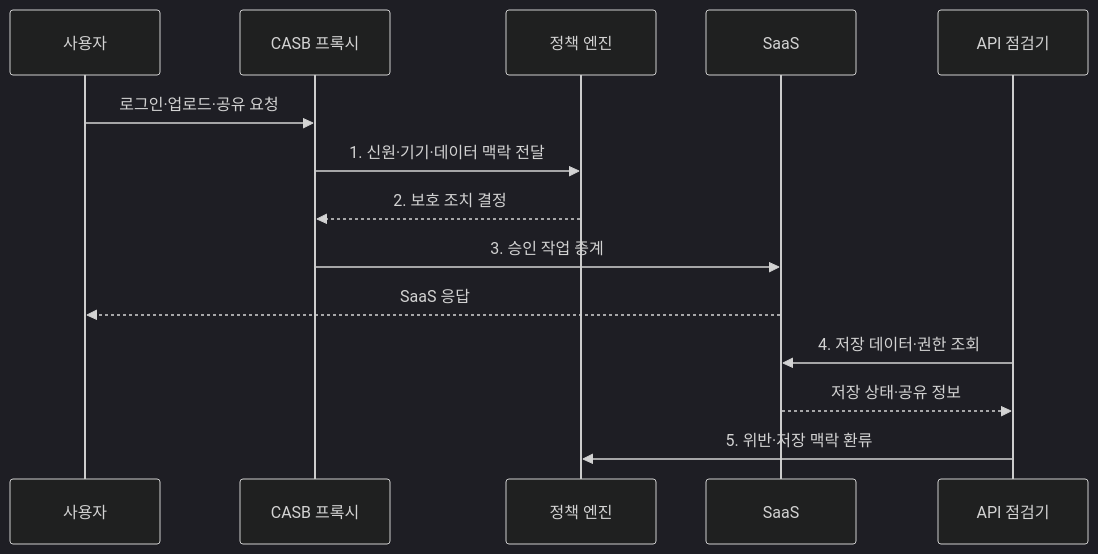
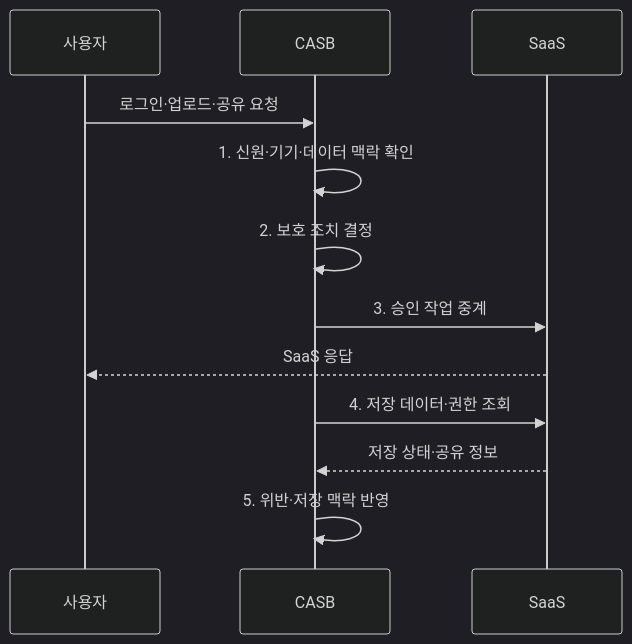
Before and after one commit to agnusdei1207/knowledge-base: the second of 2 diagrams in src/content/docs/notes/05-security/072_casb.md, drawn with Mermaid (dark theme). The commit also changed other lines of this file and 5 other files, not shown here.

Commit message:
Trim cloud and AI sequence actors

````diff
--- a/src/content/docs/notes/05-security/072_casb.md
+++ b/src/content/docs/notes/05-security/072_casb.md
@@ -98,16 +98,14 @@
 ```mermaid
 sequenceDiagram
     participant U as 사용자
-    participant P as CASB 프록시
-    participant E as 정책 엔진
+    participant P as CASB
     participant S as SaaS
-    participant A as API 점검기
     U->>P: 로그인·업로드·공유 요청
-    P->>E: 1. 신원·기기·데이터 맥락 전달
-    E-->>P: 2. 보호 조치 결정
+    P->>P: 1. 신원·기기·데이터 맥락 확인
+    P->>P: 2. 보호 조치 결정
     P->>S: 3. 승인 작업 중계
     S-->>U: SaaS 응답
-    A->>S: 4. 저장 데이터·권한 조회
-    S-->>A: 저장 상태·공유 정보
-    A->>E: 5. 위반·저장 맥락 환류
+    P->>S: 4. 저장 데이터·권한 조회
+    S-->>P: 저장 상태·공유 정보
+    P->>P: 5. 위반·저장 맥락 반영
 ```
````
